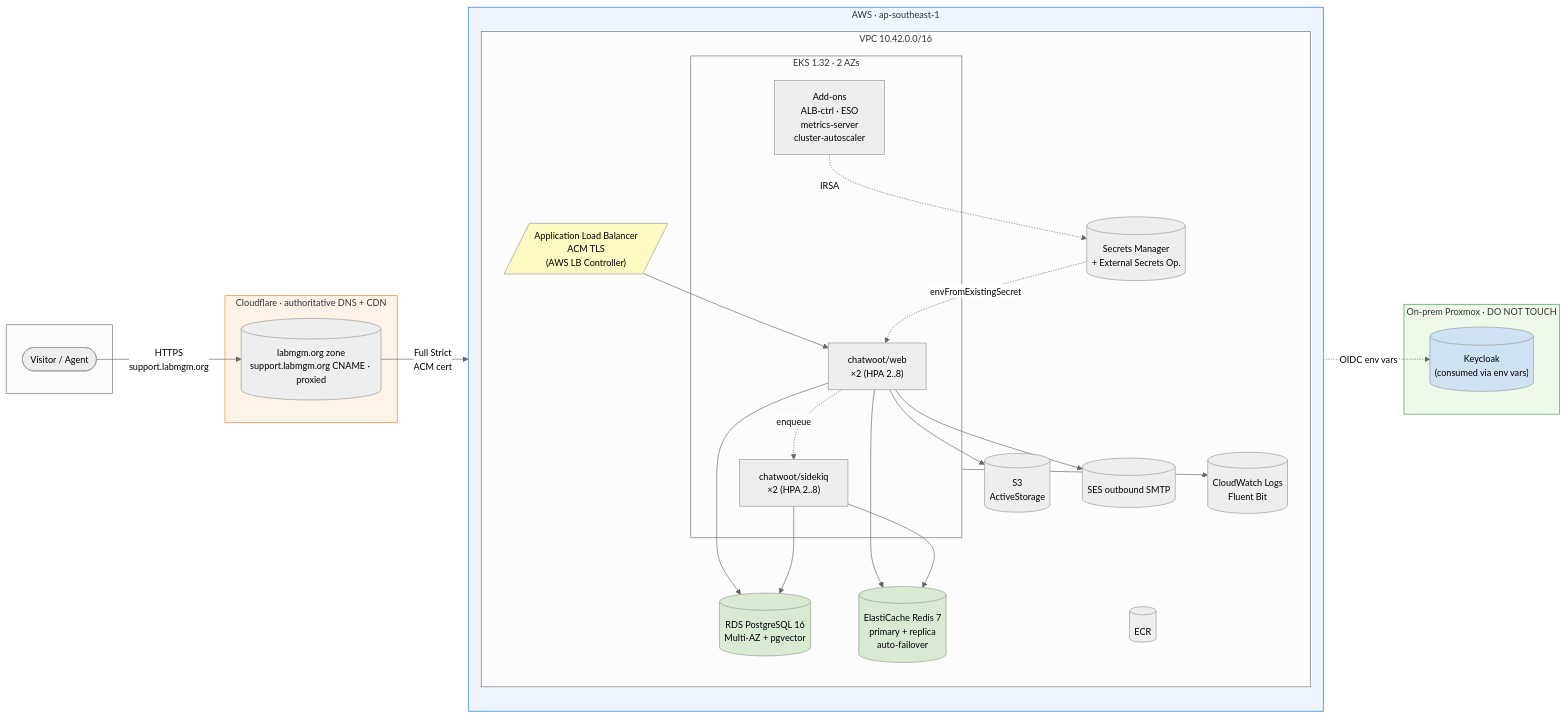
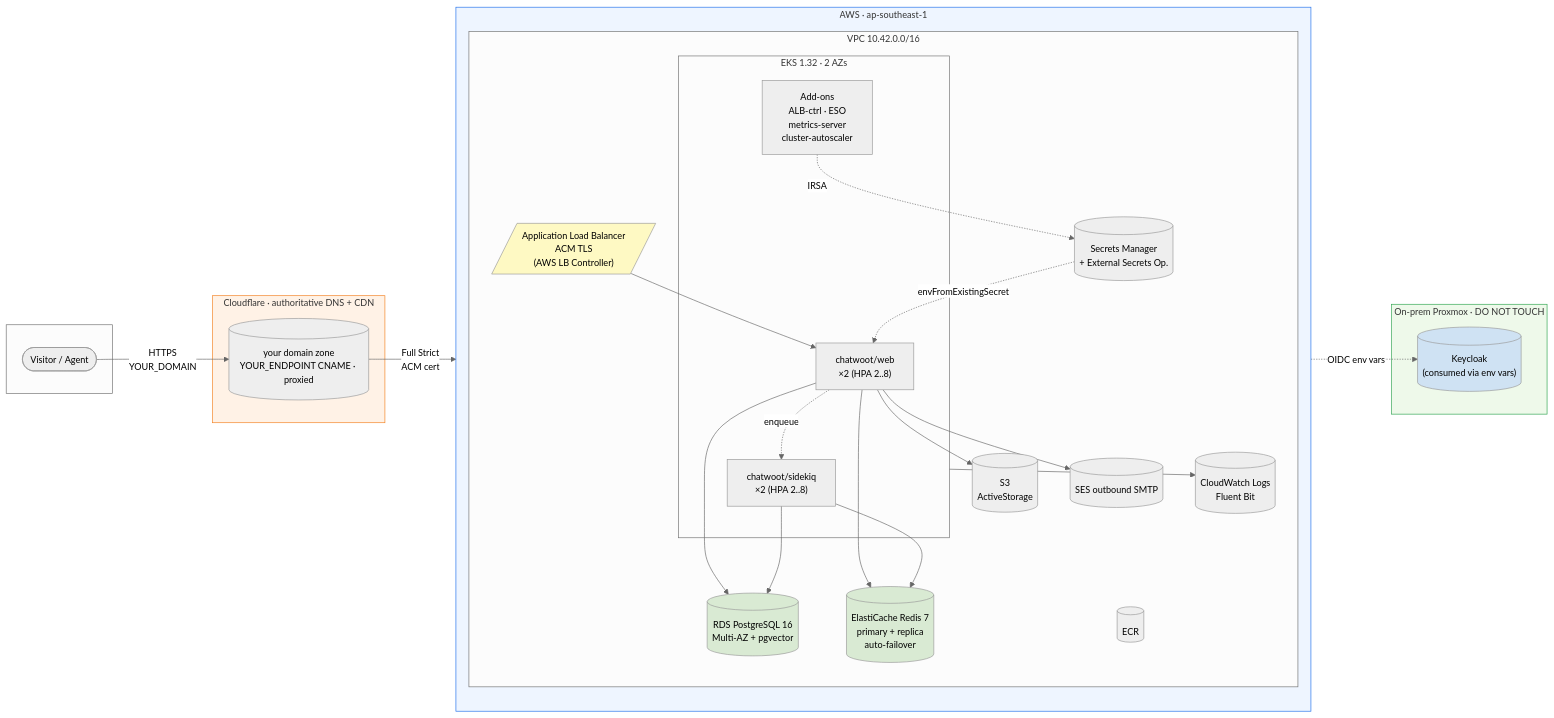
The first of 9 diagrams in README.md (shirasakaren/infra-chatwoot), drawn with Mermaid before and after one commit. The commit also changed other lines of this file, not shown here.

````diff
--- a/README.md
+++ b/README.md
@@ -90,57 +90,57 @@
 ```mermaid
 %%{init: {"theme": "neutral", "themeVariables": {"primaryColor":"#eef","fontSize":"14px"}}}%%
 flowchart LR
     subgraph User[" "]
         U([Visitor / Agent])
     end
 
     subgraph CF["Cloudflare · authoritative DNS + CDN"]
-        DNS[(labmgm.org zone<br/>support.labmgm.org CNAME · proxied)]
+        DNS[(your domain zone<br/>YOUR_ENDPOINT CNAME · proxied)]
     end
 
     subgraph AWS["AWS · ap-southeast-1"]
         direction TB
         subgraph VPC["VPC 10.42.0.0/16"]
             ALB[/"Application Load Balancer<br/>ACM TLS<br/>(AWS LB Controller)"/]
             subgraph EKS["EKS 1.32 · 2 AZs"]
                 Web["chatwoot/web<br/>×2 (HPA 2..8)"]
                 Sk["chatwoot/sidekiq<br/>×2 (HPA 2..8)"]
                 Add["Add-ons<br/>ALB-ctrl · ESO<br/>metrics-server<br/>cluster-autoscaler"]
             end
             RDS[("RDS PostgreSQL 16<br/>Multi-AZ + pgvector")]
             REDIS[("ElastiCache Redis 7<br/>primary + replica<br/>auto-failover")]
             S3[("S3<br/>ActiveStorage")]
             ECR[("ECR")]
             SM[("Secrets Manager<br/>+ External Secrets Op.")]
             CW[("CloudWatch Logs<br/>Fluent Bit")]
             SES[("SES outbound SMTP")]
         end
     end
 
     subgraph OP["On-prem Proxmox · DO NOT TOUCH"]
         KC[("Keycloak<br/>(consumed via env vars)")]
     end
 
-    U -->|HTTPS<br/>support.labmgm.org| DNS
+    U -->|HTTPS<br/>YOUR_DOMAIN| DNS
     DNS -->|Full Strict<br/>ACM cert| ALB
     ALB --> Web
     Web -. enqueue .-> Sk
     Web --> RDS
     Sk  --> RDS
     Web --> REDIS
     Sk  --> REDIS
     Web --> S3
     Add -. IRSA .-> SM
     SM  -. envFromExistingSecret .-> Web
     Web --> SES
     Web -. OIDC env vars .-> KC
     EKS --> CW
 
     style CF fill:#fff2e6,stroke:#f38020
     style AWS fill:#eef5ff,stroke:#1f6feb
     style OP fill:#eef9ea,stroke:#2ea44f
     style KC fill:#cfe2f3
     style ALB fill:#fef9c3
     style RDS fill:#d9ead3
     style REDIS fill:#d9ead3
 ```
````
